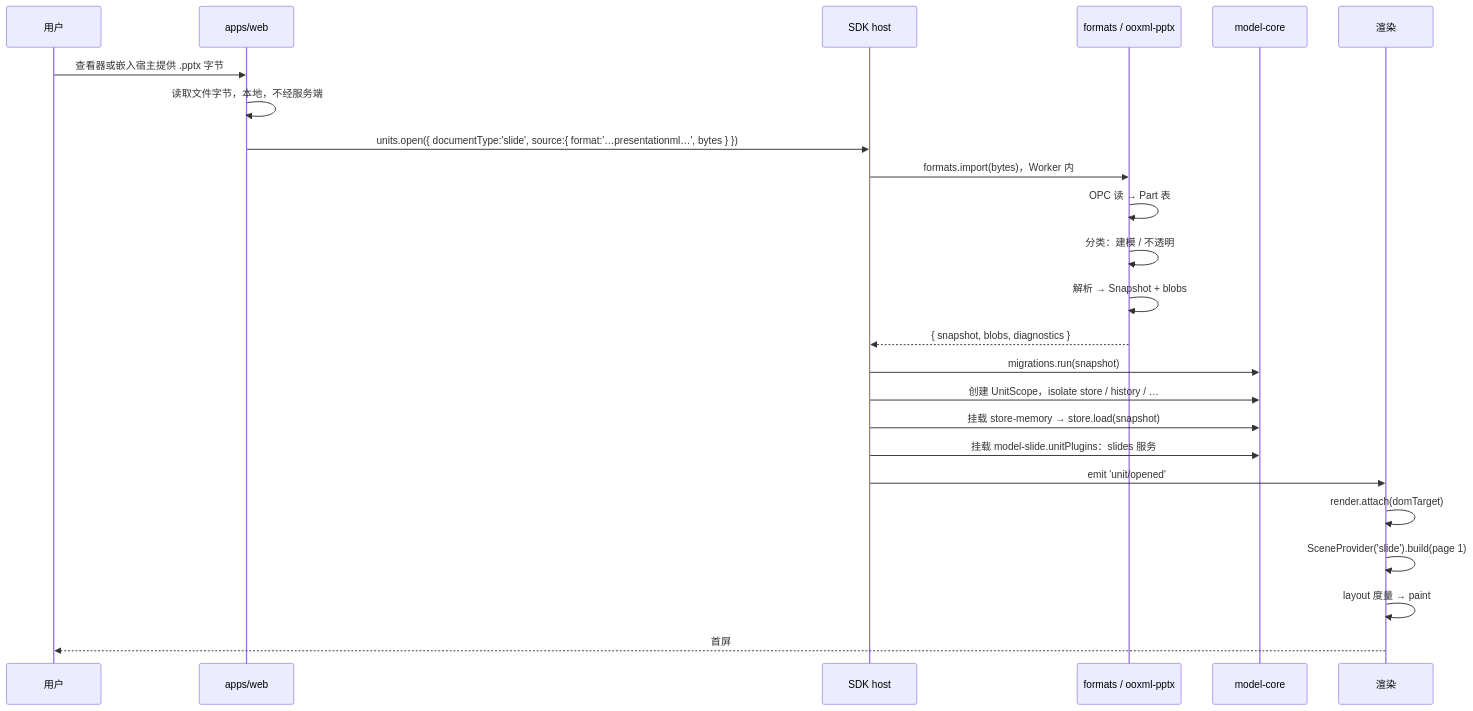
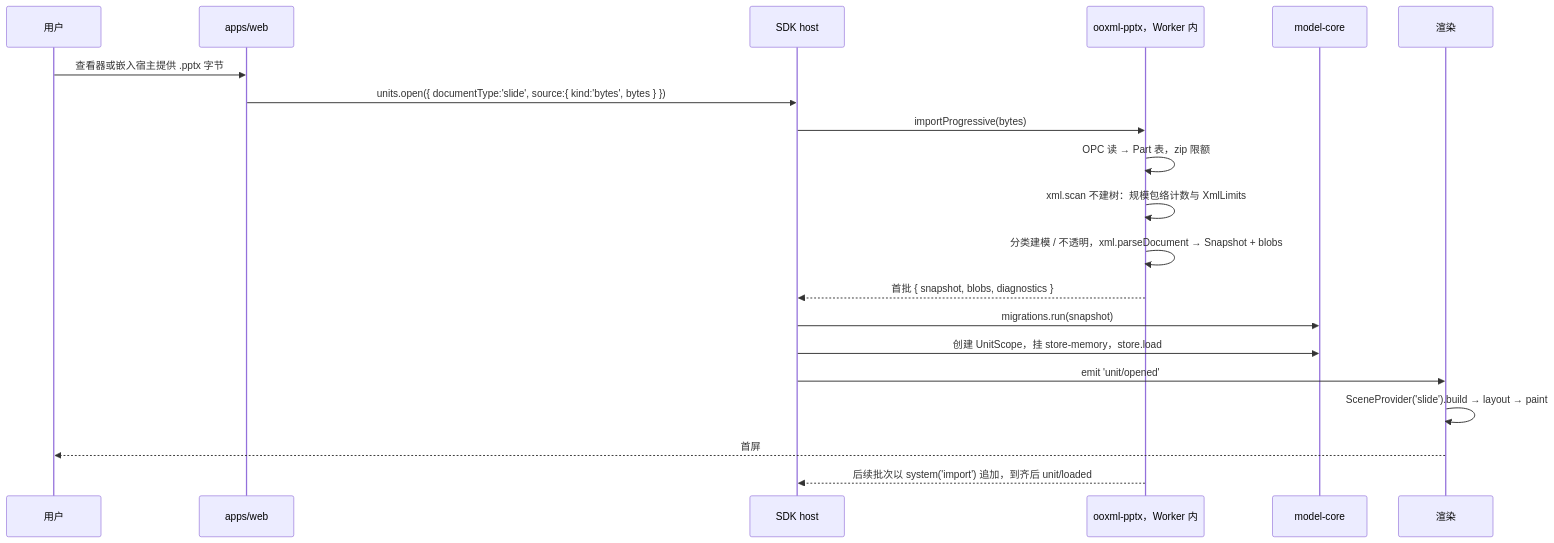
The tenth of 18 diagrams in docs/30-architecture/01-overview.md (Xeonice/cordis-ppt-editor), drawn with Mermaid before and after one commit. The commit also changed other lines of this file and 78 other files, not shown here.

````diff
--- a/docs/30-architecture/01-overview.md
+++ b/docs/30-architecture/01-overview.md
@@ -172,26 +462,22 @@
 ```mermaid
 sequenceDiagram
   participant user as 用户
   participant web as apps/web
   participant host as SDK host
-  participant codec as formats / ooxml-pptx
+  participant codec as ooxml-pptx，Worker 内
   participant core as model-core
   participant render as 渲染
   user->>web: 查看器或嵌入宿主提供 .pptx 字节
-  web->>web: 读取文件字节，本地，不经服务端
-  web->>host: units.open#40;#123; documentType:'slide', source:#123; format:'…presentationml…', bytes #125; #125;#41;
-  host->>codec: formats.import#40;bytes#41;，Worker 内
-  codec->>codec: OPC 读 → Part 表
-  codec->>codec: 分类：建模 / 不透明
-  codec->>codec: 解析 → Snapshot + blobs
-  codec-->>host: #123; snapshot, blobs, diagnostics #125;
+  web->>host: units.open#40;#123; documentType:'slide', source:#123; kind:'bytes', bytes #125; #125;#41;
+  host->>codec: importProgressive#40;bytes#41;
+  codec->>codec: OPC 读 → Part 表，zip 限额
+  codec->>codec: xml.scan 不建树：规模包络计数与 XmlLimits
+  codec->>codec: 分类建模 / 不透明，xml.parseDocument → Snapshot + blobs
+  codec-->>host: 首批 #123; snapshot, blobs, diagnostics #125;
   host->>core: migrations.run#40;snapshot#41;
-  host->>core: 创建 UnitScope，isolate store / history / …
-  host->>core: 挂载 store-memory → store.load#40;snapshot#41;
-  host->>core: 挂载 model-slide.unitPlugins：slides 服务
+  host->>core: 创建 UnitScope，挂 store-memory，store.load
   host->>render: emit 'unit/opened'
-  render->>render: render.attach#40;domTarget#41;
-  render->>render: SceneProvider#40;'slide'#41;.build#40;page 1#41;
-  render->>render: layout 度量 → paint
+  render->>render: SceneProvider#40;'slide'#41;.build → layout → paint
   render-->>user: 首屏
+  codec-->>host: 后续批次以 system#40;'import'#41; 追加，到齐后 unit/loaded
 ```
````
